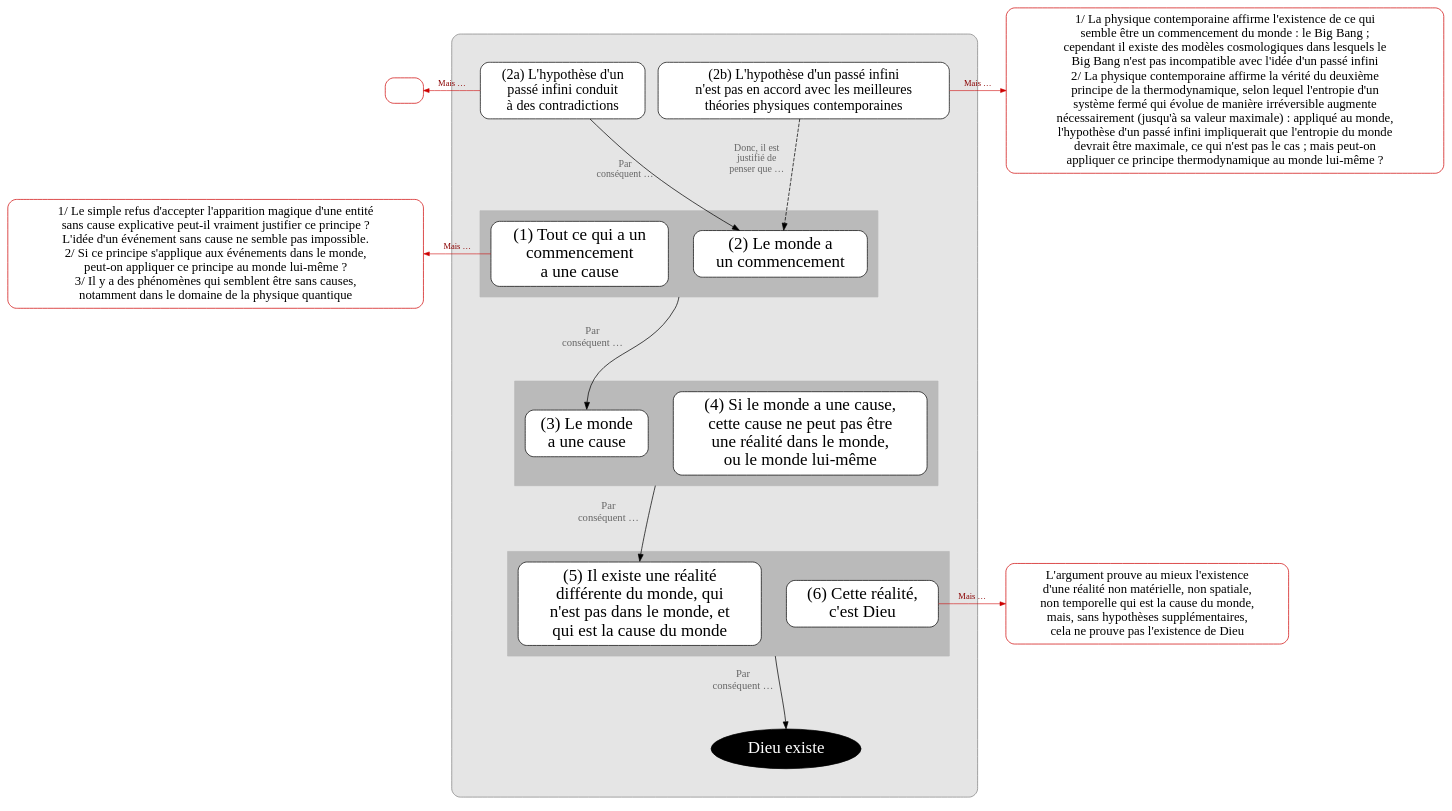
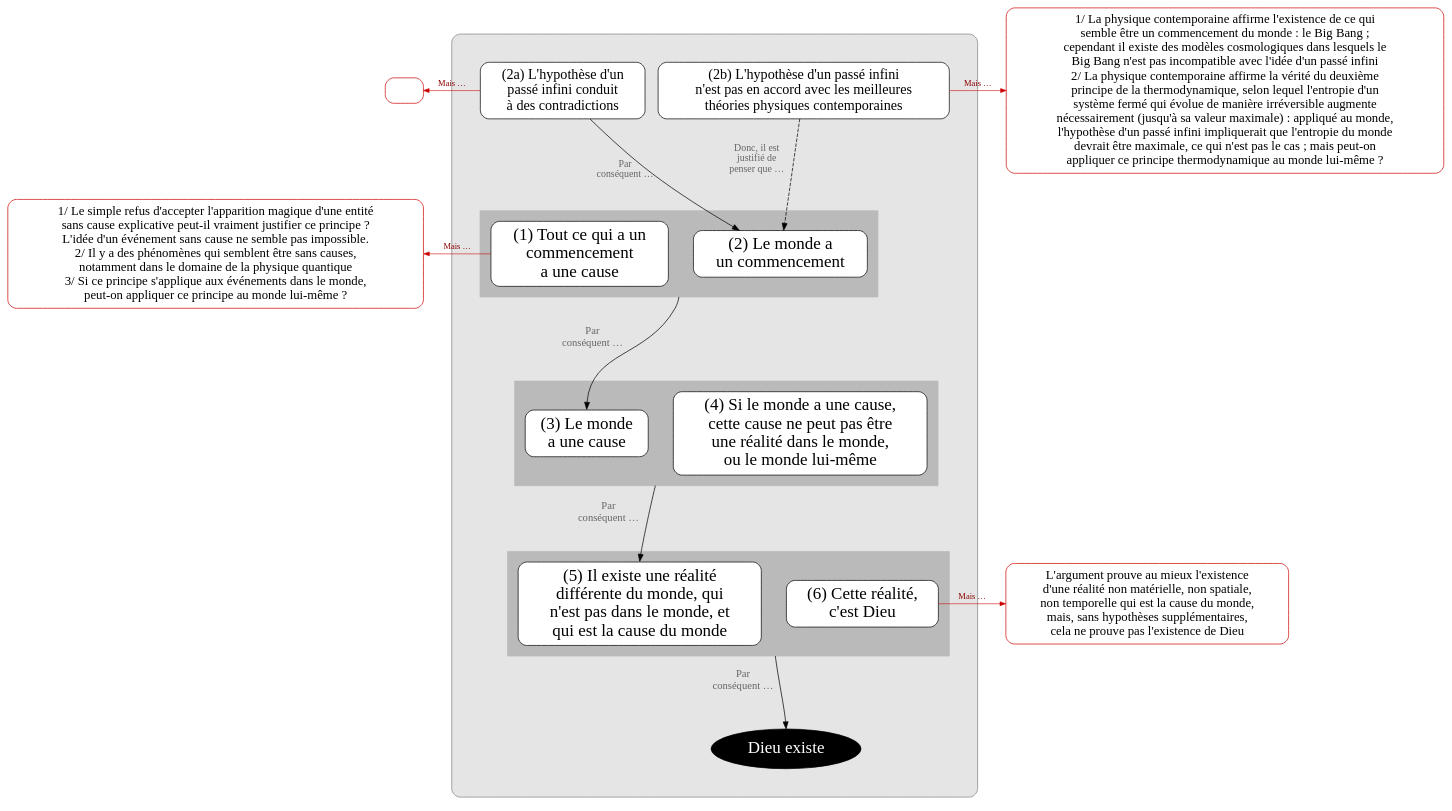
The diagram in argument/argument-cosmologique2.dot (eyssette/graphviz-examples), drawn with Graphviz before and after one commit.

```diff
--- a/argument/argument-cosmologique2.dot
+++ b/argument/argument-cosmologique2.dot
@@ -1,138 +1,138 @@
 digraph G {
 splines=true
 newrank=true
 compound=true
 
 
 node[color=red3, style="rounded, filled", shape="box", fillcolor=white, penwidth=1, fontcolor=black, fontsize=18, margin=0.1]
 
 o2a[label=""]
 
 o1[label="1/ Le simple refus d'accepter l'apparition magique d'une entité
 sans cause explicative peut-il vraiment justifier ce principe ?
 L'idée d'un événement sans cause ne semble pas impossible.
-2/ Si ce principe s'applique aux événements dans le monde,
-peut-on appliquer ce principe au monde lui-même ?
-3/ Il y a des phénomènes qui semblent être sans causes,
-notamment dans le domaine de la physique quantique"]
+2/ Il y a des phénomènes qui semblent être sans causes,
+notamment dans le domaine de la physique quantique
+3/ Si ce principe s'applique aux événements dans le monde,
+peut-on appliquer ce principe au monde lui-même ?"]
 
 node[shape=box, fillcolor=white, style="filled,rounded", color=black, fontsize=24, penwidth=1,fontcolor=black, margin=0.1]
 edge[minlen=2,color=red3, penwidth=0.8, arrowsize=0.8, label=" Mais …", fontcolor=red4,fontsize=12]
 {rank=same;o1->p1[dir=back]}
 
 
 
 
 subgraph cluster_0 {
 bgcolor=grey90
 style=rounded
 color=grey50
 margin=40
 
 
 
 node[shape=box, fillcolor=white, style="filled,rounded", color=black]
 edge[label="",xlabel="Par
 conséquent …",fontcolor=grey40;fontsize=15,minlen=3,color=black,penwidth=1, arrowsize=1]
 
 
 {
 node[fontsize=20]
 p2b[label="(2b) L'hypothèse d'un passé infini
 n'est pas en accord avec les meilleures
 théories physiques contemporaines"]
 p2a[label="(2a) L'hypothèse d'un
 passé infini conduit 
 à des contradictions"]
 }
 
 p2a->p2[minlen=1, fontsize=14]
 p2b->p2[style="dashed", xlabel="Donc, il est
 justifié de
 penser que …",minlen=1, fontsize=14]
 
 subgraph cluster_1 {
 style="box"
 margin=15
 bgcolor=grey73
 color=grey73
 p1[label="(1) Tout ce qui a un
 commencement
 a une cause"]
 
 p2[label="(2) Le monde a
 un commencement"]
 }
 
 //p1->p2[style=invis,xlabel="",minlen=1]
 {rank=same;p1->p2[style=invis,xlabel="",minlen=1]}
 
 p2:w->p3:n[ltail=cluster_1]
 //p2:w->p3:n[ltail=cluster_1]
 
 
 subgraph cluster_2 {
 style="box"
 margin=15
 bgcolor=grey73
 color=grey73
 p3[label="(3) Le monde
 a une cause"]
 p4[label="(4) Si le monde a une cause,
 cette cause ne peut pas être
 une réalité dans le monde,
 ou le monde lui-même"]
 }
 {rank=same;p3->p4[style=invis,xlabel="",minlen=1]}
 
 p4:w->p5:n[ltail=cluster_2]
 
 
 subgraph cluster_3 {
 style="box"
 margin=15
 bgcolor=grey73
 color=grey73
 p5[label="(5) Il existe une réalité
 différente du monde, qui
 n'est pas dans le monde, et
 qui est la cause du monde"]
 p6[label="(6) Cette réalité,
 c'est Dieu"]
 }
 
 {rank=same;p5->p6[style=invis,xlabel="",minlen=1]}
 
 p6:w->C:n[ltail=cluster_3]
 
 C[label="Dieu existe",fillcolor=black, fontcolor=white, color=black, shape=ellipse]
 
 
 }
 
 node[color=red3, style="rounded, filled", shape="box", fillcolor=white, penwidth=1, fontcolor=black, fontsize=18, margin=0.1]
 
 o2b[label="1/ La physique contemporaine affirme l'existence de ce qui
 semble être un commencement du monde : le Big Bang ;
 cependant il existe des modèles cosmologiques dans lesquels le
 Big Bang n'est pas incompatible avec l'idée d'un passé infini
 2/ La physique contemporaine affirme la vérité du deuxième
 principe de la thermodynamique, selon lequel l'entropie d'un
 système fermé qui évolue de manière irréversible augmente
 nécessairement (jusqu'à sa valeur maximale) : appliqué au monde,
 l'hypothèse d'un passé infini impliquerait que l'entropie du monde
 devrait être maximale, ce qui n'est pas le cas ; mais peut-on
 appliquer ce principe thermodynamique au monde lui-même ?"]
 {rank=same;p2b->o2b}
 
 o6[label="L'argument prouve au mieux l'existence
 d'une réalité non matérielle, non spatiale,
 non temporelle qui est la cause du monde,
 mais, sans hypothèses supplémentaires,
 cela ne prouve pas l'existence de Dieu"]
 {rank=same;p6->o6}
 
 
 {rank=same;o2a->p2a[dir=back]}
 
 }
```
